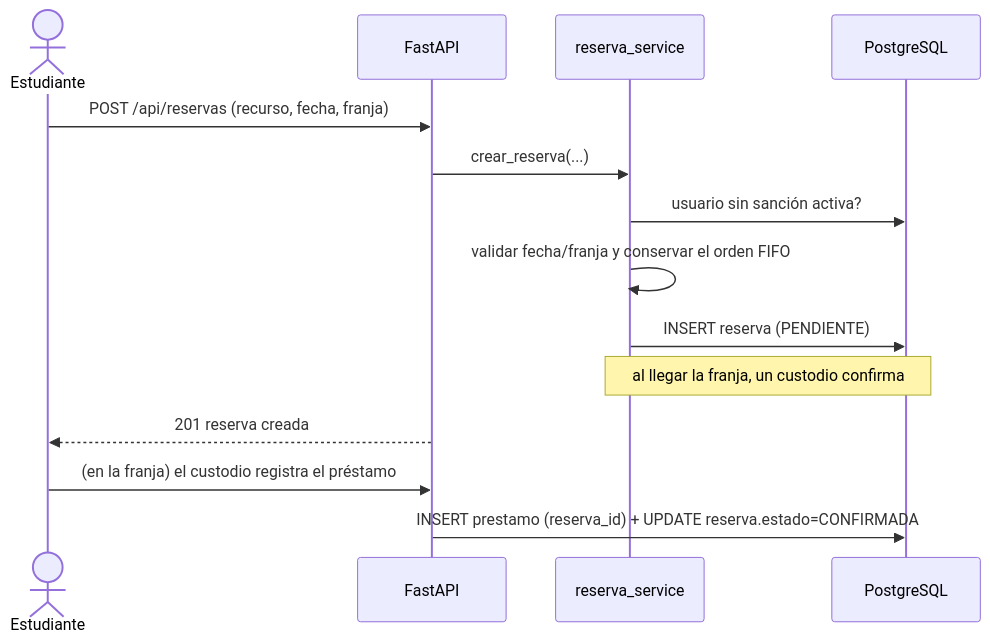
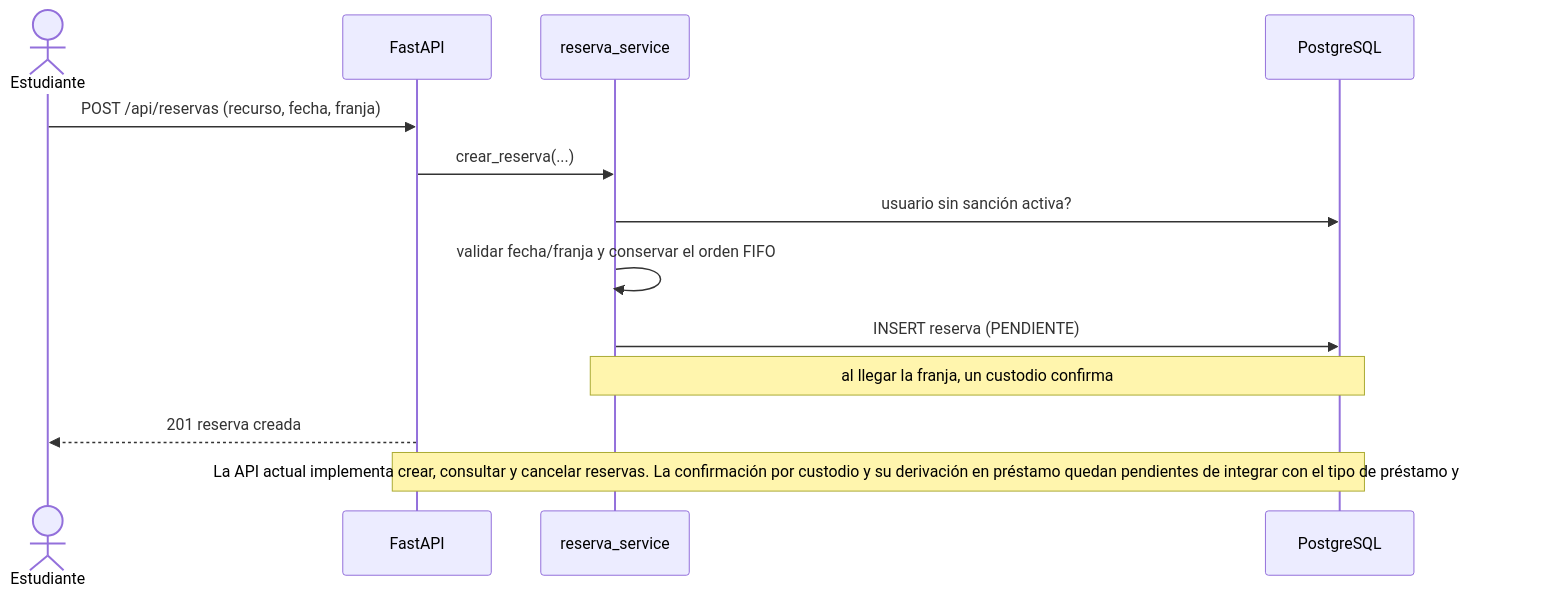
One commit to Cristhianepcc/ti2-sistema-prestamos changed the fifth of 7 diagrams in docs/01-sdd.md. Above: the diagram before and after it, drawn with Mermaid. The commit also changed other lines of this file and 37 other files, not shown here.

````diff
--- a/docs/01-sdd.md
+++ b/docs/01-sdd.md
@@ -519,16 +525,15 @@
 ```mermaid
 sequenceDiagram
   actor E as Estudiante
   participant API as FastAPI
   participant R as reserva_service
   participant DB as PostgreSQL
   E->>API: POST /api/reservas (recurso, fecha, franja)
   API->>R: crear_reserva(...)
   R->>DB: usuario sin sanción activa?
   R->>R: validar fecha/franja y conservar el orden FIFO
   R->>DB: INSERT reserva (PENDIENTE)
   Note over R,DB: al llegar la franja, un custodio confirma
   API-->>E: 201 reserva creada
-  E->>API: (en la franja) el custodio registra el préstamo
-  API->>DB: INSERT prestamo (reserva_id) + UPDATE reserva.estado=CONFIRMADA
+  Note over API,DB: La API actual implementa crear, consultar y cancelar reservas. La confirmación por custodio y su derivación en préstamo quedan pendientes de integrar con el tipo de préstamo y la solicitud.
 ```
````
